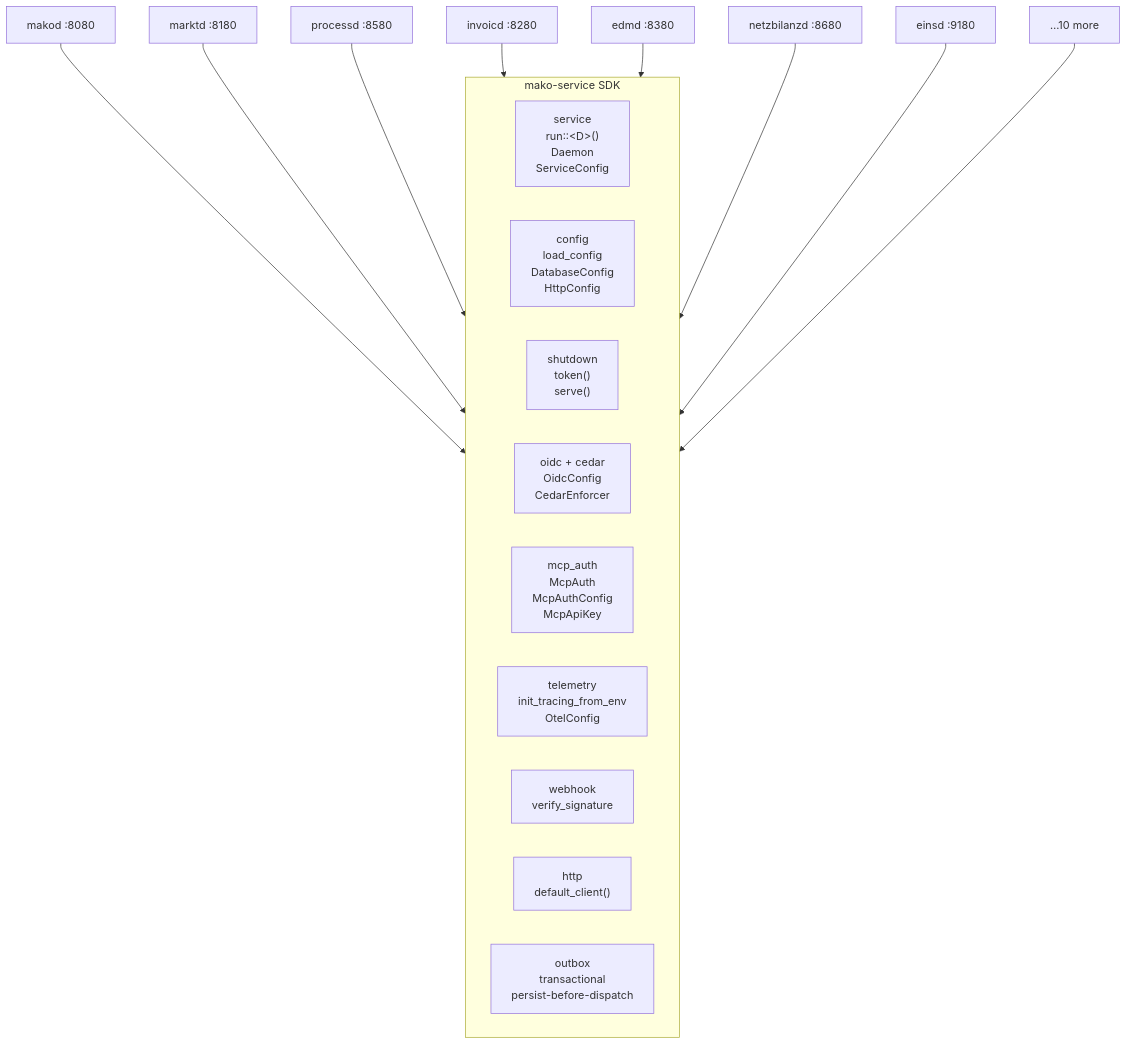
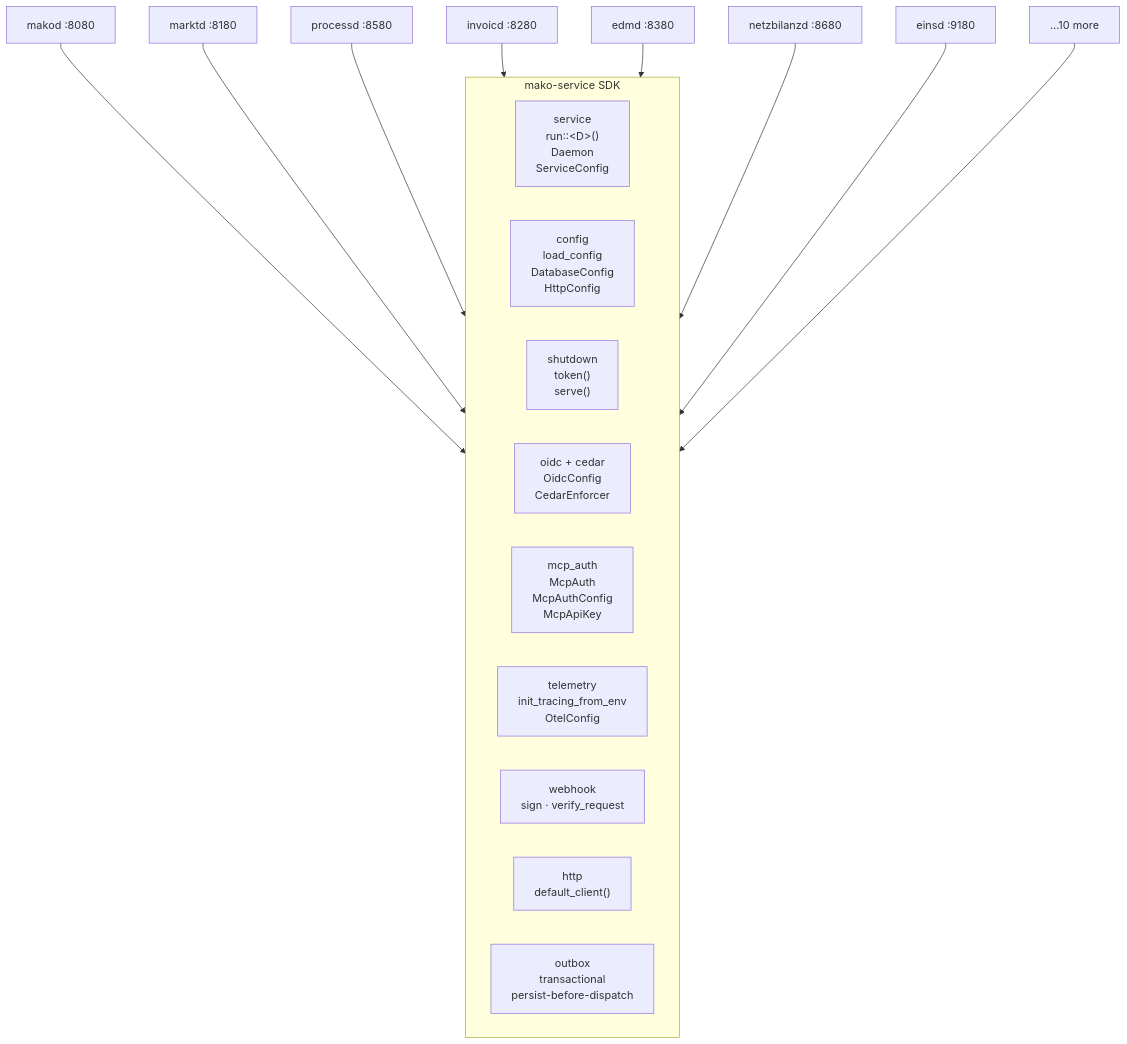
Before and after one commit to hupe1980/mako: the fourth of 5 diagrams in site/content/docs/architecture/_index.md, drawn with Mermaid. The commit also changed other lines of this file and 1091 other files, not shown here.

````diff
--- a/site/content/docs/architecture/_index.md
+++ b/site/content/docs/architecture/_index.md
@@ -602,20 +300,20 @@
 ```mermaid
 graph TD
     A["makod :8080"] & B["marktd :8180"] & C["processd :8580"] & D["invoicd :8280"]
     E["edmd :8380"] & F["netzbilanzd :8680"] & G["einsd :9180"] & H["…10 more"]
 
     subgraph sdk ["mako-service SDK"]
         direction LR
         RUN["service<br/>run::&lt;D&gt;()<br/>Daemon<br/>ServiceConfig"]
         CFG["config<br/>load_config<br/>DatabaseConfig<br/>HttpConfig"]
         SD["shutdown<br/>token()<br/>serve()"]
         AUTH["oidc + cedar<br/>OidcConfig<br/>CedarEnforcer"]
         MCP["mcp_auth<br/>McpAuth<br/>McpAuthConfig<br/>McpApiKey"]
         TEL["telemetry<br/>init_tracing_from_env<br/>OtelConfig"]
-        WEB["webhook<br/>verify_signature"]
+        WEB["webhook<br/>sign · verify_request"]
         HTTP["http<br/>default_client()"]
         OB["outbox<br/>transactional<br/>persist-before-dispatch"]
     end
 
     A & B & C & D & E & F & G & H --> sdk
 ```
````
